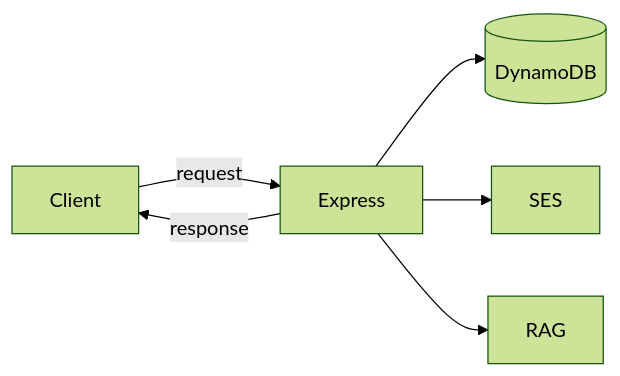
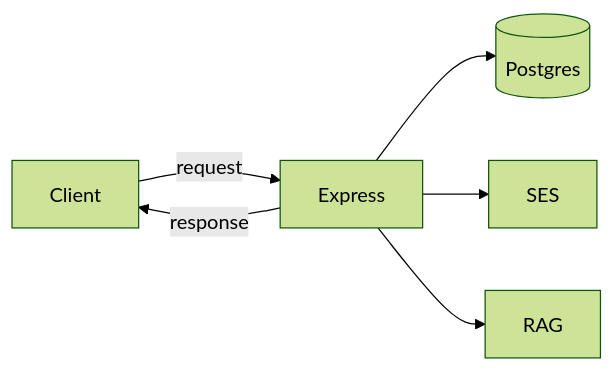
The diagram in content/tracks/backend-from-zero/lessons/02-backend-like-youre-5.md (sreecharan-desu/hackx-slides), drawn with Mermaid (forest theme) before and after one commit. The commit also changed other lines of this file and 38 other files, not shown here.

````diff
--- a/content/tracks/backend-from-zero/lessons/02-backend-like-youre-5.md
+++ b/content/tracks/backend-from-zero/lessons/02-backend-like-youre-5.md
@@ -10,8 +10,8 @@
 ```mermaid
 flowchart LR
   C[Client] -->|request| E[Express]
-  E --> D[(DynamoDB)]
+  E --> D[(Postgres)]
   E --> S[SES]
   E --> R[RAG]
   E -->|response| C
 ```
````
